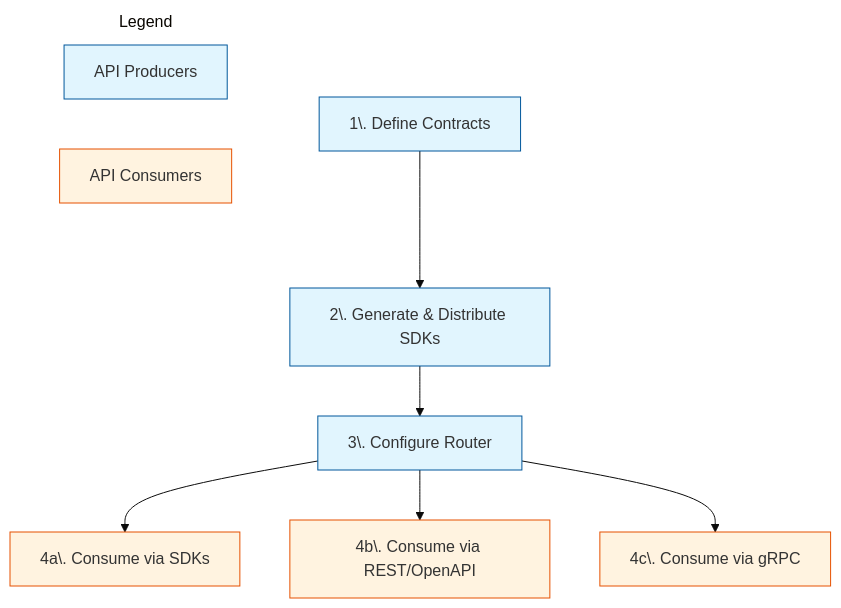
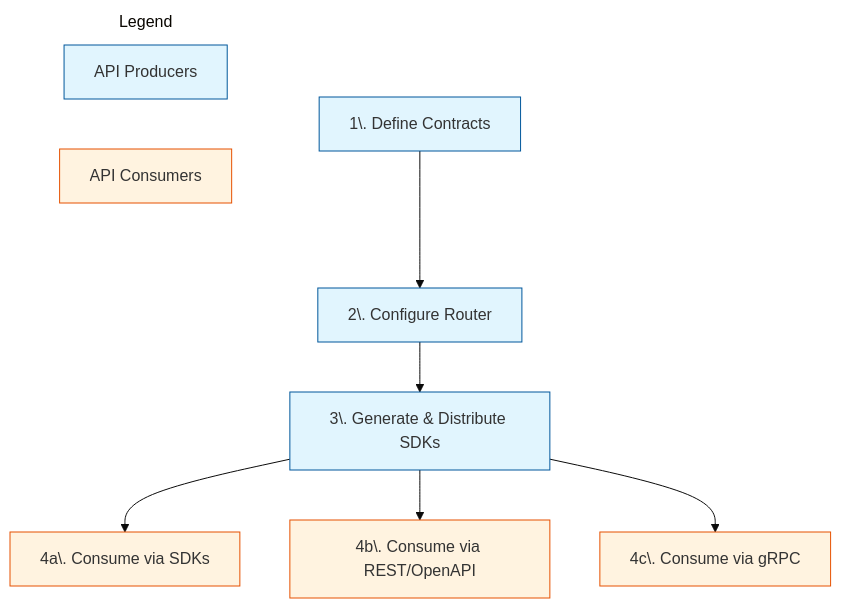
The diagram in docs/connect/api-consumption/overview.mdx (wundergraph/cosmo-docs), drawn with Mermaid (base theme) before and after one commit. The commit also changed other lines of this file, not shown here.

Commit message:
docs(connectrpc): swap order of flow

````diff
--- a/docs/connect/api-consumption/overview.mdx
+++ b/docs/connect/api-consumption/overview.mdx
@@ -49,30 +49,30 @@
 ```mermaid
 flowchart TB
-    A[1\. Define Contracts] --> B[2\. Generate & Distribute SDKs]
-    B --> C[3\. Configure Router]
+    A[1\. Define Contracts] --> B[2\. Configure Router]
+    B --> C[3\. Generate & Distribute SDKs]
     C --> D[4a\. Consume via SDKs]
     C --> E[4b\. Consume via REST/OpenAPI]
     C --> F[4c\. Consume via gRPC]
 
     subgraph Legend
         L1[API Producers]
         L2[API Consumers]
     end
 
     click A "/connect/api-consumption/produce-define-contracts" "Go to Define Contracts"
-    click B "/connect/api-consumption/produce-generate-distribute-sdks" "Go to Generate & Distribute SDKs"
-    click C "/connect/api-consumption/produce-configure-router" "Go to Configure Router"
+    click B "/connect/api-consumption/produce-configure-router" "Go to Configure Router"
+    click C "/connect/api-consumption/produce-generate-distribute-sdks" "Go to Generate & Distribute SDKs"
     click D "/connect/api-consumption/consume-via-sdks" "Go to Consume via SDKs"
     click E "/connect/api-consumption/consume-via-rest-openapi" "Go to Consume via REST/OpenAPI"
     click F "/connect/api-consumption/consume-via-grpc" "Go to Consume via gRPC"
 
     style A fill:#e1f5fe,stroke:#01579b
     style B fill:#e1f5fe,stroke:#01579b
     style C fill:#e1f5fe,stroke:#01579b
     style D fill:#fff3e0,stroke:#e65100
     style E fill:#fff3e0,stroke:#e65100
     style F fill:#fff3e0,stroke:#e65100
     style L1 fill:#e1f5fe,stroke:#01579b
     style L2 fill:#fff3e0,stroke:#e65100
     style Legend fill:none,stroke:none
 ```
````
